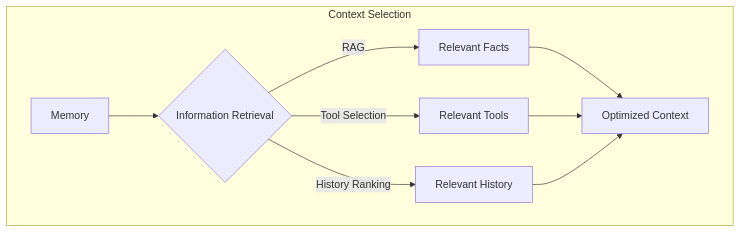
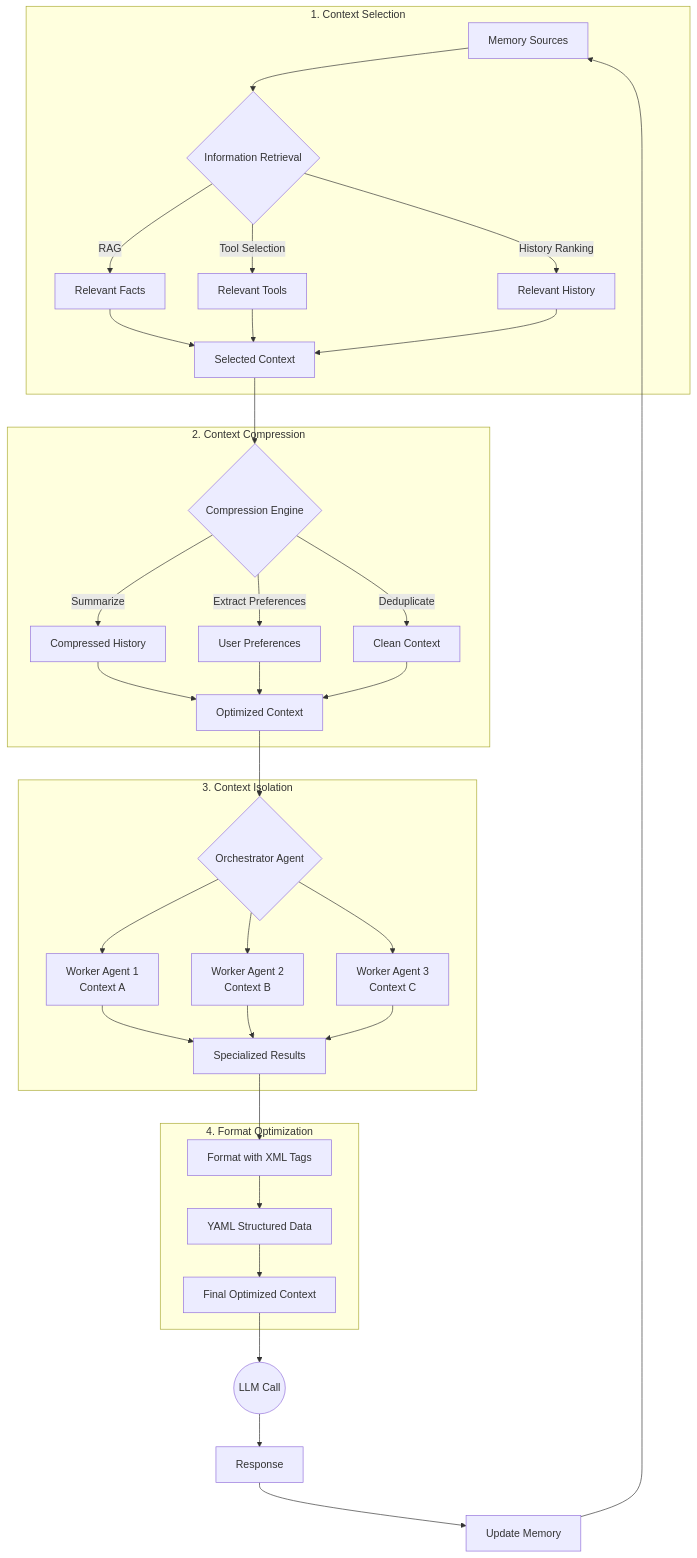
One commit to shoaibkhanz/agentic-ai-engineering-course changed the second of 4 diagrams in lessons/03_context_engineering/article.md. Above: the diagram before and after it, drawn with Mermaid. The commit also changed other lines of this file and 1 other file, not shown here.

Commit message:
feat: Generate L3

````diff
--- a/lessons/03_context_engineering/article.md
+++ b/lessons/03_context_engineering/article.md
@@ -132,12 +132,43 @@
 ```mermaid
 graph TD
-    subgraph "Context Selection"
-        A[Memory] --> B{Information Retrieval};
+    subgraph "1. Context Selection"
+        A[Memory Sources] --> B{Information Retrieval};
         B -->|RAG| C[Relevant Facts];
         B -->|Tool Selection| D[Relevant Tools];
         B -->|History Ranking| E[Relevant History];
-        C --> F[Optimized Context];
+        C --> F[Selected Context];
         D --> F;
         E --> F;
     end
+    
+    subgraph "2. Context Compression"
+        F --> G{Compression Engine};
+        G -->|Summarize| H[Compressed History];
+        G -->|Extract Preferences| I[User Preferences];
+        G -->|Deduplicate| J[Clean Context];
+        H --> K[Optimized Context];
+        I --> K;
+        J --> K;
+    end
+    
+    subgraph "3. Context Isolation"
+        K --> L{Orchestrator Agent};
+        L --> M[Worker Agent 1<br/>Context A];
+        L --> N[Worker Agent 2<br/>Context B];
+        L --> O[Worker Agent 3<br/>Context C];
+        M --> P[Specialized Results];
+        N --> P;
+        O --> P;
+    end
+    
+    subgraph "4. Format Optimization"
+        P --> Q[Format with XML Tags];
+        Q --> R[YAML Structured Data];
+        R --> S[Final Optimized Context];
+    end
+    
+    S --> T((LLM Call));
+    T --> U[Response];
+    U --> V[Update Memory];
+    V --> A;
 ```
````
